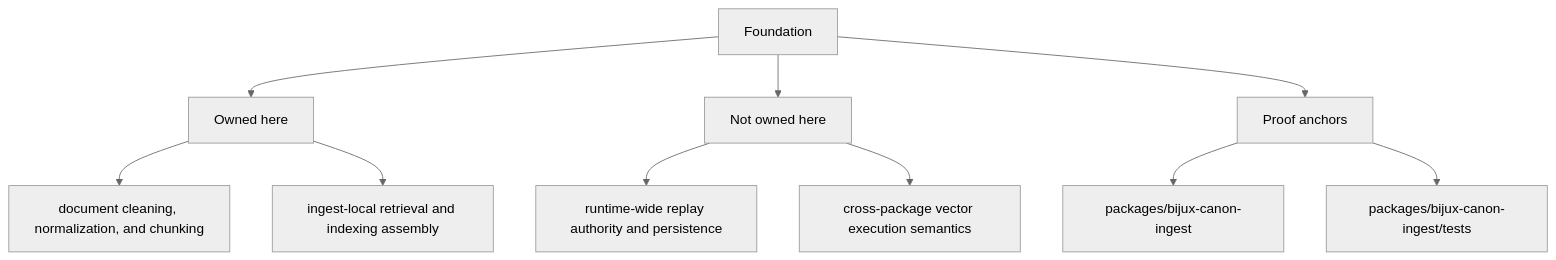
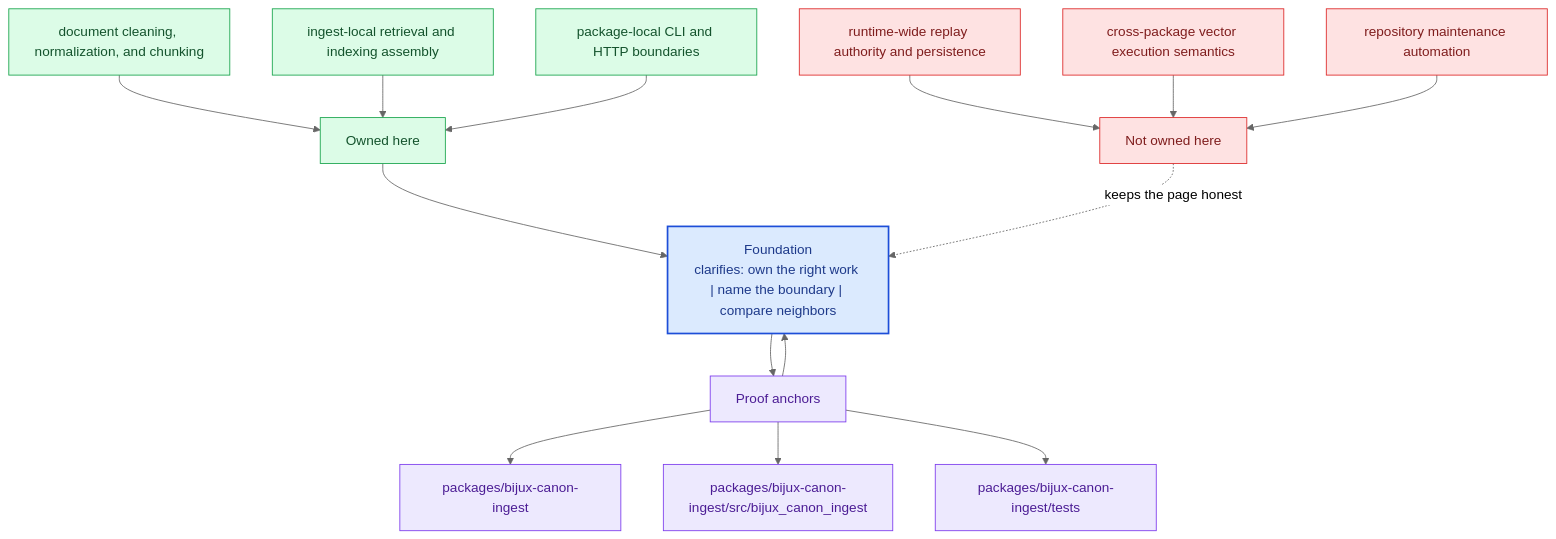
One commit to bijux/bijux-canon changed the second of 2 diagrams in docs/bijux-canon-ingest/foundation/index.md. Above: the diagram before and after it, drawn with Mermaid (neutral theme). The commit also changed other lines of this file and 281 other files, not shown here.

Commit message:
docs(diagrams): deepen handbook mermaid maps across the catalog

````diff
--- a/docs/bijux-canon-ingest/foundation/index.md
+++ b/docs/bijux-canon-ingest/foundation/index.md
@@ -32,22 +65,40 @@
 ```mermaid
-flowchart TD
-    page["Foundation"]
+flowchart TB
+    promise["Foundation<br/>clarifies: own the right work | name the boundary | compare neighbors"]
+    classDef promise fill:#dbeafe,stroke:#1d4ed8,color:#1e3a8a,stroke-width:2px;
+    classDef driver fill:#dcfce7,stroke:#16a34a,color:#14532d;
+    classDef constraint fill:#fee2e2,stroke:#dc2626,color:#7f1d1d;
+    classDef ground fill:#ede9fe,stroke:#7c3aed,color:#4c1d95;
     focus1["Owned here"]
-    page --> focus1
+    focus1 --> promise
     focus1_1["document cleaning, normalization, and chunking"]
-    focus1 --> focus1_1
+    focus1_1 --> focus1
     focus1_2["ingest-local retrieval and indexing assembly"]
-    focus1 --> focus1_2
+    focus1_2 --> focus1
+    focus1_3["package-local CLI and HTTP boundaries"]
+    focus1_3 --> focus1
+    class focus1 driver;
+    class focus1_1,focus1_2,focus1_3 driver;
     focus2["Not owned here"]
-    page --> focus2
+    focus2 -.keeps the page honest.-> promise
     focus2_1["runtime-wide replay authority and persistence"]
-    focus2 --> focus2_1
+    focus2_1 --> focus2
     focus2_2["cross-package vector execution semantics"]
-    focus2 --> focus2_2
+    focus2_2 --> focus2
+    focus2_3["repository maintenance automation"]
+    focus2_3 --> focus2
+    class focus2 constraint;
+    class focus2_1,focus2_2,focus2_3 constraint;
     focus3["Proof anchors"]
-    page --> focus3
+    focus3 --> promise
+    promise --> focus3
     focus3_1["packages/bijux-canon-ingest"]
     focus3 --> focus3_1
-    focus3_2["packages/bijux-canon-ingest/tests"]
+    focus3_2["packages/bijux-canon-ingest/src/bijux_canon_ingest"]
     focus3 --> focus3_2
+    focus3_3["packages/bijux-canon-ingest/tests"]
+    focus3 --> focus3_3
+    class focus3 ground;
+    class focus3_1,focus3_2,focus3_3 ground;
+    class promise promise;
 ```
````
